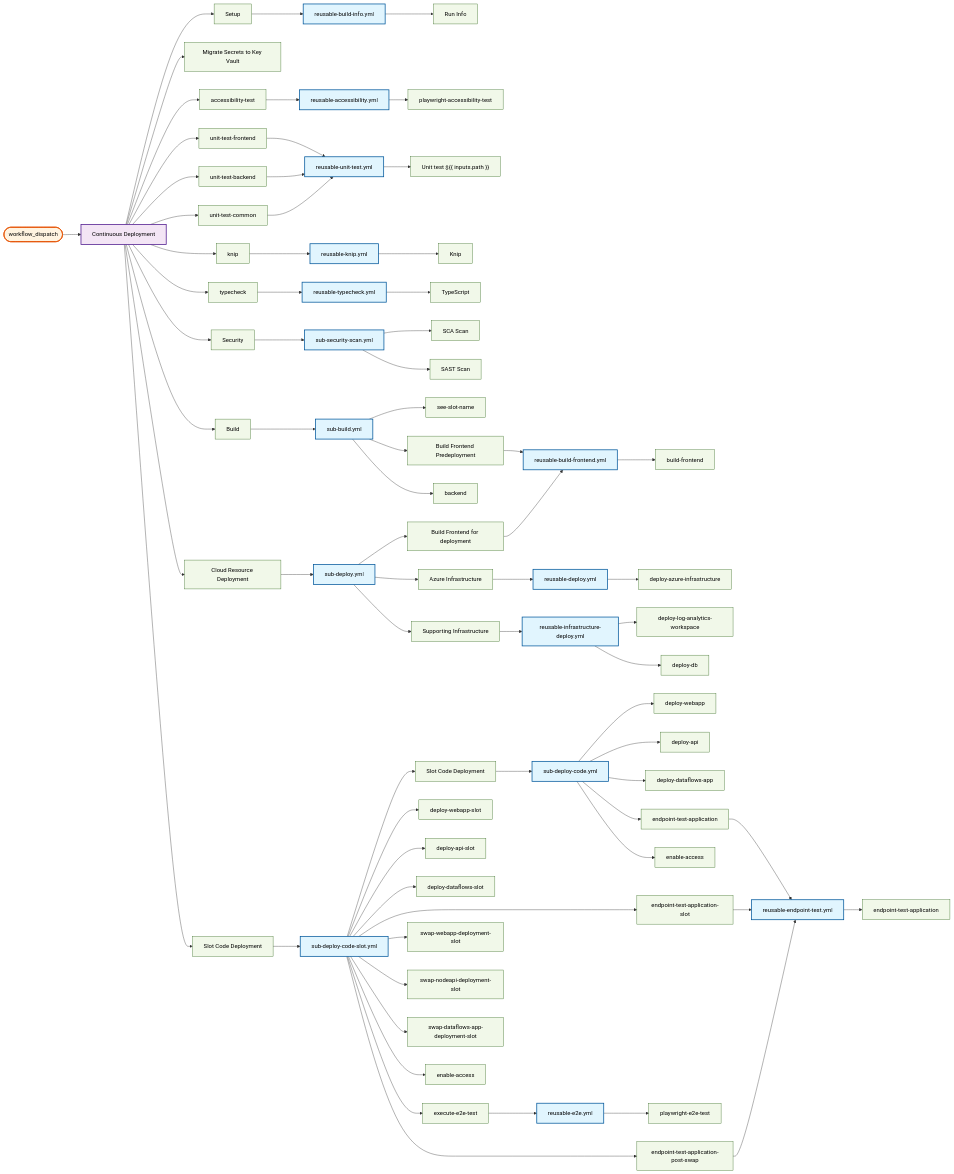
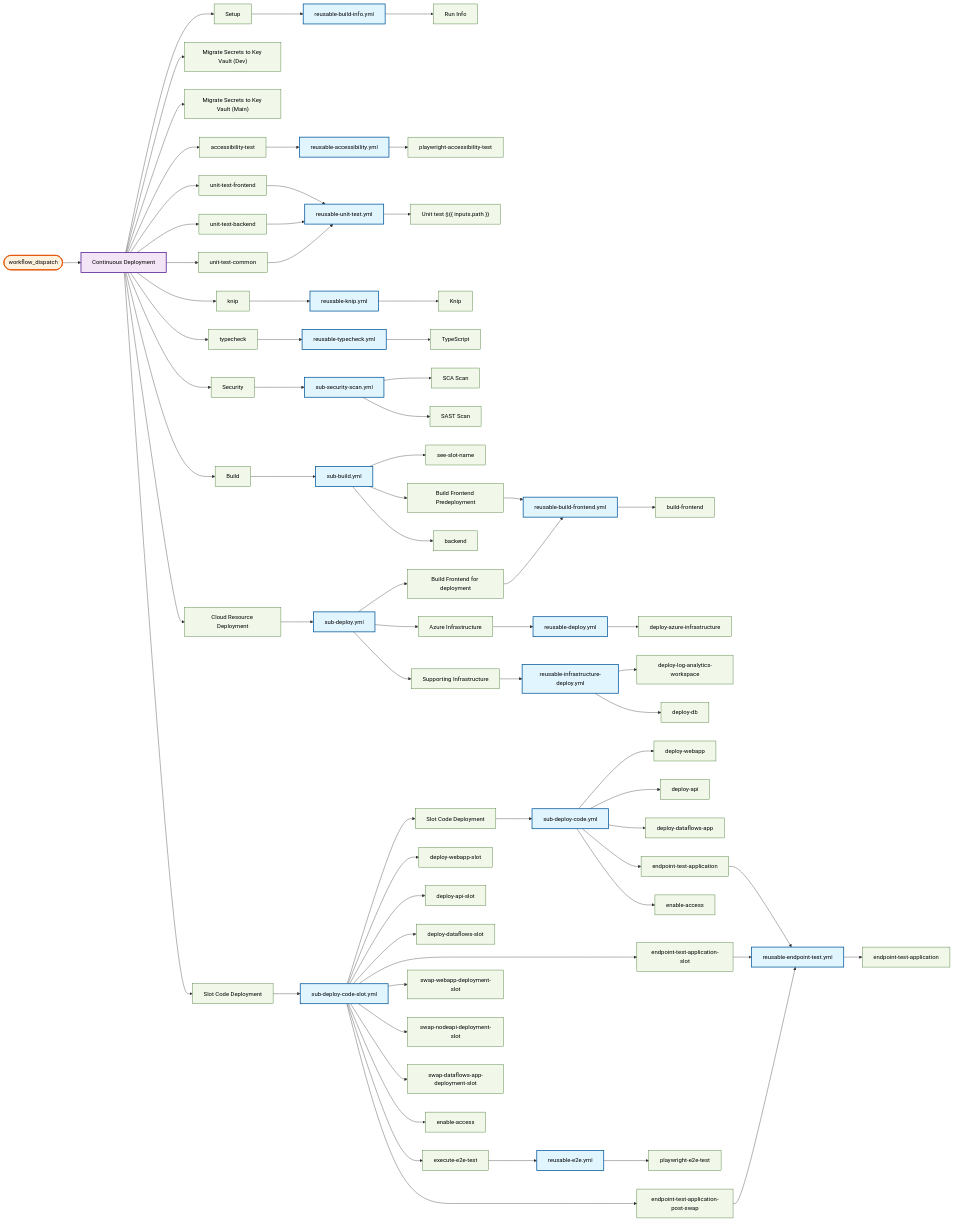
Before and after one commit to US-Trustee-Program/Bankruptcy-Oversight-Support-Systems: diagram 13 of 25 in docs/operations/workflow-diagram.md, drawn with Mermaid. The commit also changed other lines of this file and 1 other file, not shown here.

```diff
--- a/docs/operations/workflow-diagram.md
+++ b/docs/operations/workflow-diagram.md
@@ -676,7 +681,8 @@
     continuous_deployment_yml_setup["Setup"]
     reusable_build_info_yml["reusable-build-info.yml"]
     reusable_build_info_yml_build_info["Run Info"]
-    continuous_deployment_yml_migrate_secrets_to_keyvault["Migrate Secrets to Key Vault"]
+    continuous_deployment_yml_migrate_secrets_to_keyvault_dev["Migrate Secrets to Key Vault (Dev)"]
+    continuous_deployment_yml_migrate_secrets_to_keyvault_main["Migrate Secrets to Key Vault (Main)"]
     continuous_deployment_yml_accessibility_test["accessibility-test"]
     reusable_accessibility_yml["reusable-accessibility.yml"]
     reusable_accessibility_yml_playwright_accessibility_test["playwright-accessibility-test"]
@@ -740,7 +746,8 @@
     continuous_deployment_yml --> continuous_deployment_yml_setup
     reusable_build_info_yml --> reusable_build_info_yml_build_info
     continuous_deployment_yml_setup --> reusable_build_info_yml
-    continuous_deployment_yml --> continuous_deployment_yml_migrate_secrets_to_keyvault
+    continuous_deployment_yml --> continuous_deployment_yml_migrate_secrets_to_keyvault_dev
+    continuous_deployment_yml --> continuous_deployment_yml_migrate_secrets_to_keyvault_main
     continuous_deployment_yml --> continuous_deployment_yml_accessibility_test
     reusable_accessibility_yml --> reusable_accessibility_yml_playwright_accessibility_test
     continuous_deployment_yml_accessibility_test --> reusable_accessibility_yml
@@ -815,7 +822,8 @@
     class continuous_deployment_yml_setup job
     class reusable_build_info_yml reusable
     class reusable_build_info_yml_build_info job
-    class continuous_deployment_yml_migrate_secrets_to_keyvault job
+    class continuous_deployment_yml_migrate_secrets_to_keyvault_dev job
+    class continuous_deployment_yml_migrate_secrets_to_keyvault_main job
     class continuous_deployment_yml_accessibility_test job
     class reusable_accessibility_yml reusable
     class reusable_accessibility_yml_playwright_accessibility_test job
```
